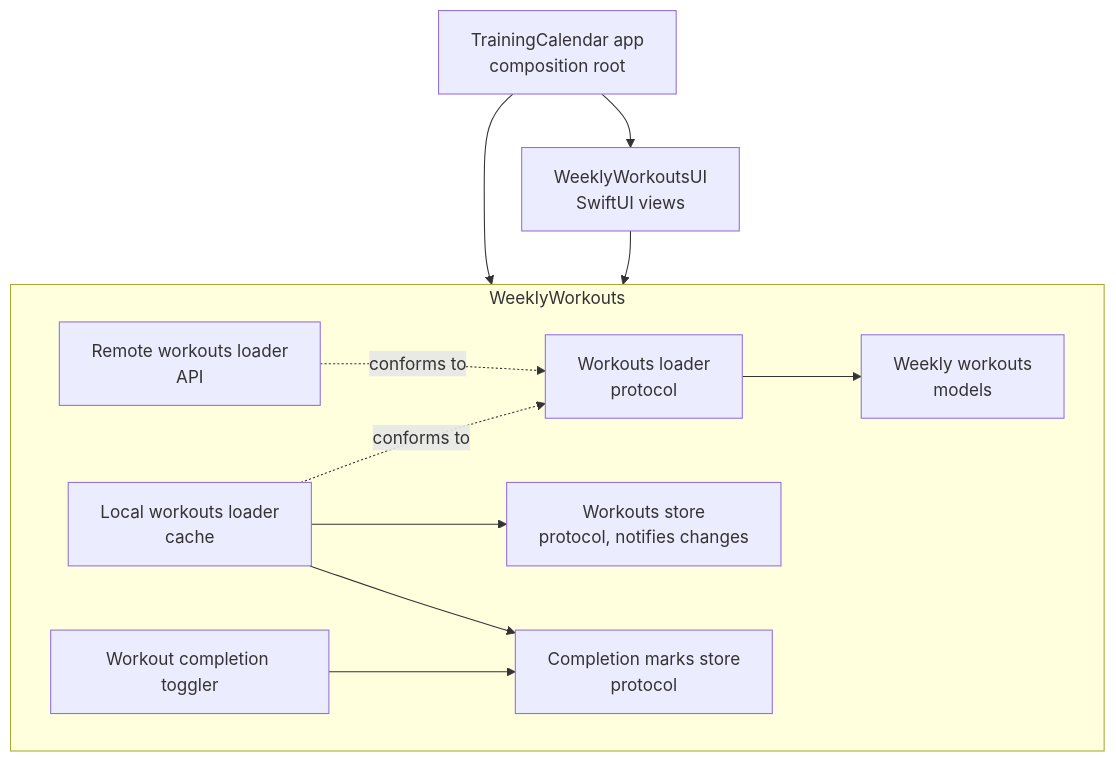
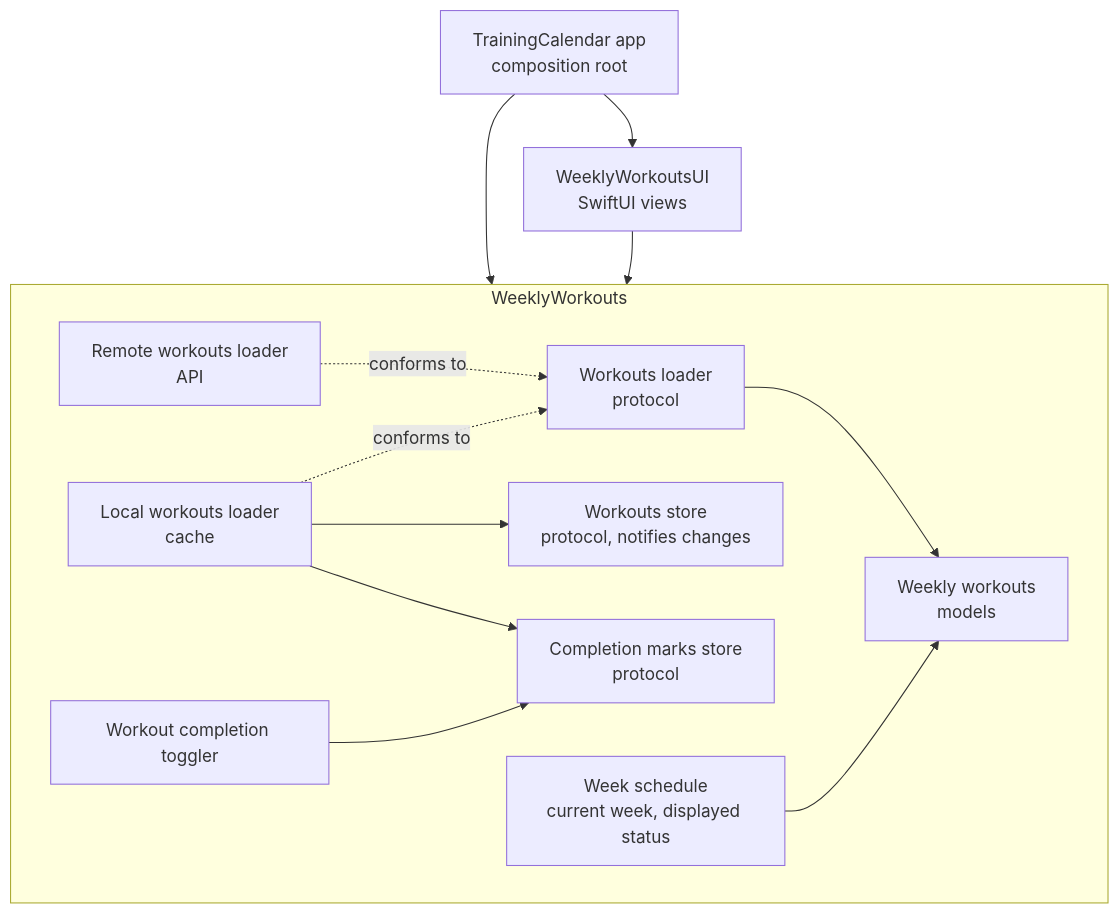
The second of 2 diagrams in README.md (tringuyen623/training-calendar), drawn with Mermaid before and after one commit.

Commit message:
Add the week schedule to the architecture diagram

````diff
--- a/README.md
+++ b/README.md
@@ -321,14 +321,15 @@
 ```mermaid
 graph TD
     App["TrainingCalendar app<br/>composition root"] --> UI["WeeklyWorkoutsUI<br/>SwiftUI views"]
     App --> Package
     UI --> Package
     subgraph Package["WeeklyWorkouts"]
         Remote["Remote workouts loader<br/>API"] -. conforms to .-> Loader["Workouts loader<br/>protocol"]
         Local["Local workouts loader<br/>cache"] -. conforms to .-> Loader
         Local --> Store["Workouts store<br/>protocol, notifies changes"]
         Local --> Marks["Completion marks store<br/>protocol"]
         Toggler["Workout completion toggler"] --> Marks
         Loader --> Models["Weekly workouts<br/>models"]
+        Schedule["Week schedule<br/>current week, displayed status"] --> Models
     end
 ```
````
